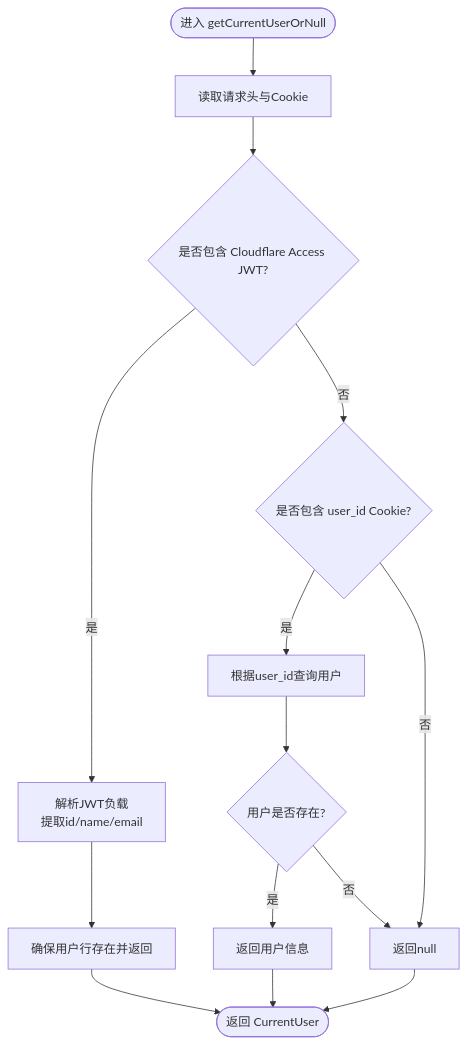
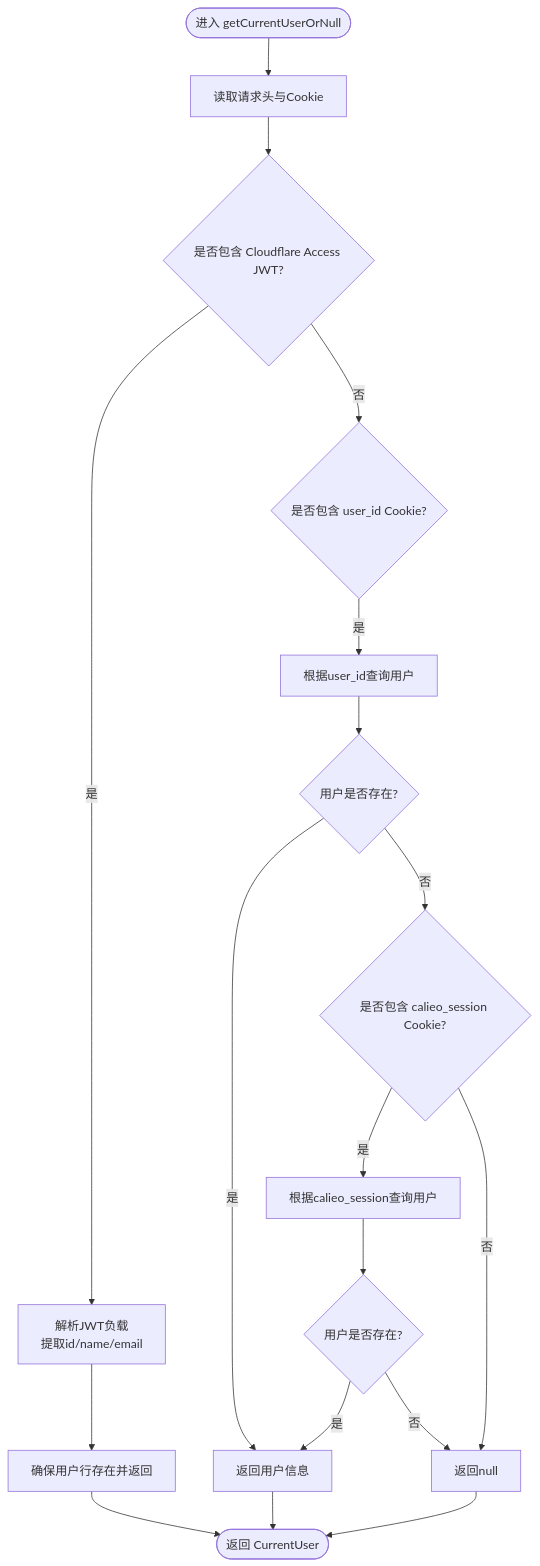
One commit to pnnh/weable changed the third of 8 diagrams in .qoder/repowiki/zh/content/核心模块/认证系统.md. Above: the diagram before and after it, drawn with Mermaid. The commit also changed other lines of this file and 133 other files, not shown here.

Commit message:
实现基于浏览器自带AI识别图片内容功能

````diff
--- a/.qoder/repowiki/zh/content/核心模块/认证系统.md
+++ b/.qoder/repowiki/zh/content/核心模块/认证系统.md
@@ -150,16 +170,20 @@
 ```mermaid
 flowchart TD
 Start(["进入 getCurrentUserOrNull"]) --> ReadHeaders["读取请求头与Cookie"]
 ReadHeaders --> HasCF{"是否包含 Cloudflare Access JWT?"}
 HasCF --> |是| ParseJWT["解析JWT负载<br/>提取id/name/email"]
 ParseJWT --> EnsureUser["确保用户行存在并返回"]
-HasCF --> |否| CheckCookie{"是否包含 user_id Cookie?"}
-CheckCookie --> |是| QueryUser["根据user_id查询用户"]
+HasCF --> |否| CheckUserCookie{"是否包含 user_id Cookie?"}
+CheckUserCookie --> |是| QueryUser["根据user_id查询用户"]
 QueryUser --> UserFound{"用户是否存在?"}
 UserFound --> |是| ReturnUser["返回用户信息"]
-UserFound --> |否| ReturnNull["返回null"]
-CheckCookie --> |否| ReturnNull
+UserFound --> |否| CheckCalieo{"是否包含 calieo_session Cookie?"}
+CheckCalieo --> |是| QueryCalieo["根据calieo_session查询用户"]
+QueryCalieo --> CalieoFound{"用户是否存在?"}
+CalieoFound --> |是| ReturnUser
+CalieoFound --> |否| ReturnNull["返回null"]
+CheckCalieo --> |否| ReturnNull
 EnsureUser --> End(["返回 CurrentUser"])
 ReturnUser --> End
 ReturnNull --> End
 ```
````
